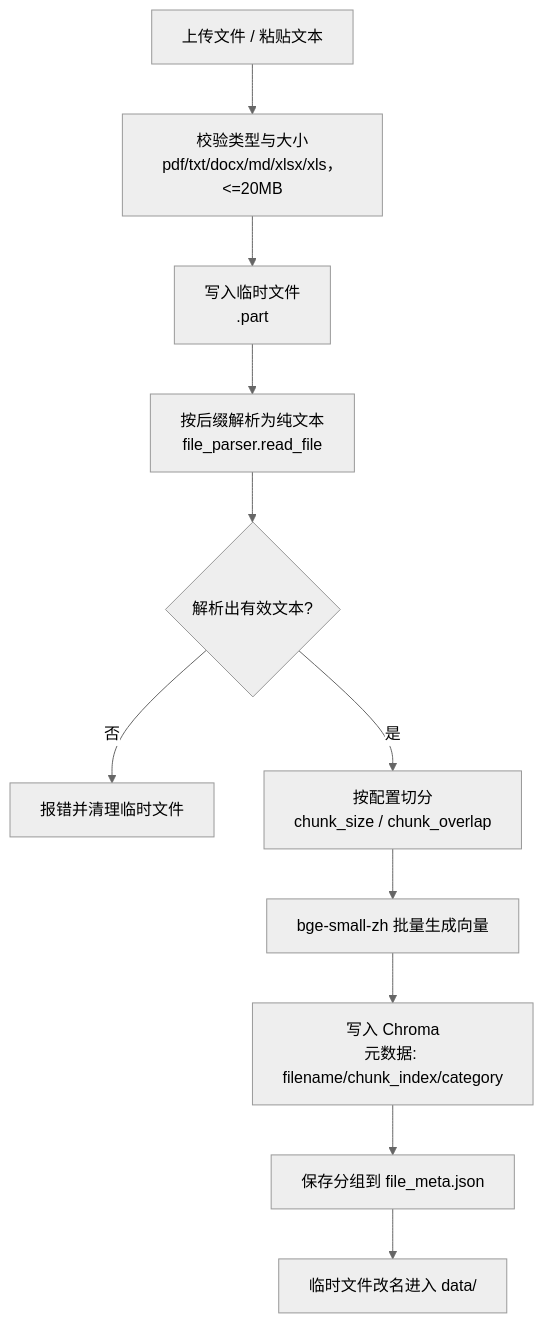
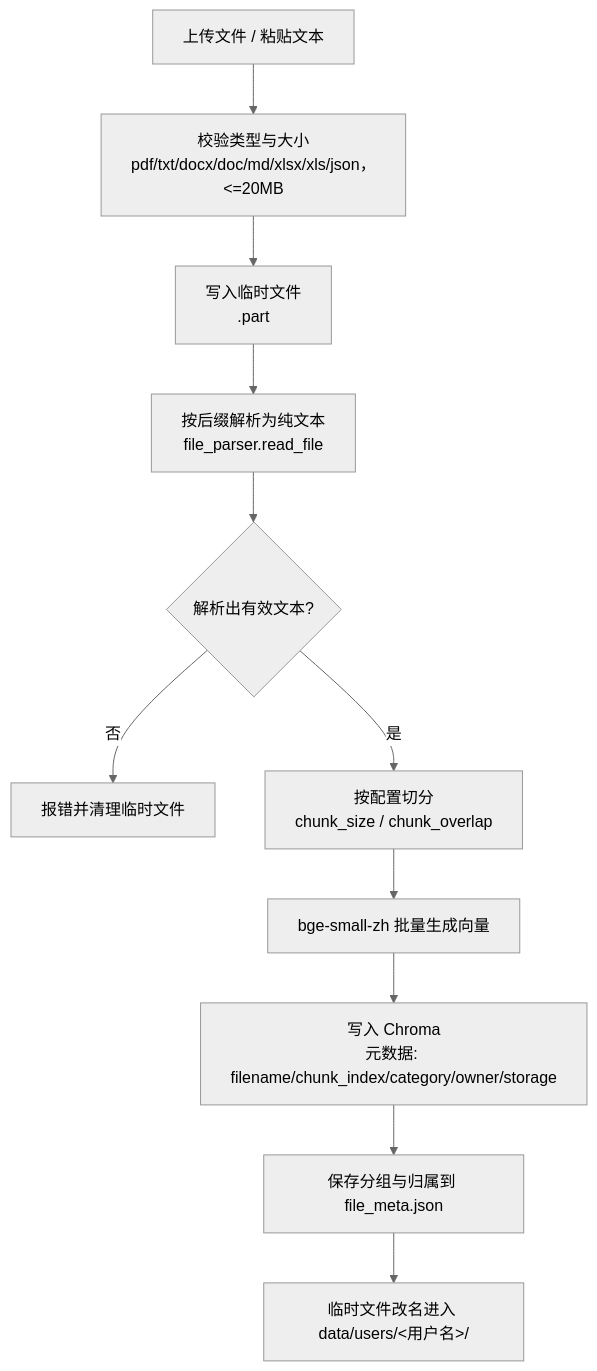
Before and after one commit to fwh1206/rag-qa-system: the second of 3 diagrams in docs/设计文档.md, drawn with Mermaid (neutral theme). The commit also changed other lines of this file and 80 other files, not shown here.

````diff
--- a/docs/设计文档.md
+++ b/docs/设计文档.md
@@ -66,13 +66,13 @@
 ```mermaid
 flowchart TD
-    A[上传文件 / 粘贴文本] --> B[校验类型与大小<br>pdf/txt/docx/md/xlsx/xls，<=20MB]
+    A[上传文件 / 粘贴文本] --> B[校验类型与大小<br>pdf/txt/docx/doc/md/xlsx/xls/json，<=20MB]
     B --> C[写入临时文件<br>.part]
     C --> D[按后缀解析为纯文本<br>file_parser.read_file]
     D --> E{解析出有效文本?}
     E -->|否| F[报错并清理临时文件]
     E -->|是| G[按配置切分<br>chunk_size / chunk_overlap]
     G --> H[bge-small-zh 批量生成向量]
-    H --> I[写入 Chroma<br>元数据: filename/chunk_index/category]
-    I --> J[保存分组到 file_meta.json]
-    J --> K[临时文件改名进入 data/]
+    H --> I[写入 Chroma<br>元数据: filename/chunk_index/category/owner/storage]
+    I --> J[保存分组与归属到 file_meta.json]
+    J --> K[临时文件改名进入 data/users/&lt;用户名&gt;/]
 ```
````
